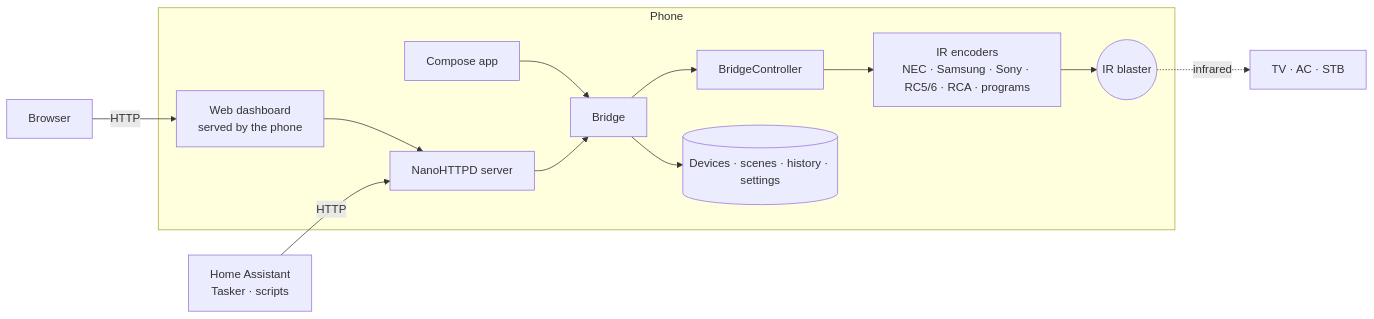
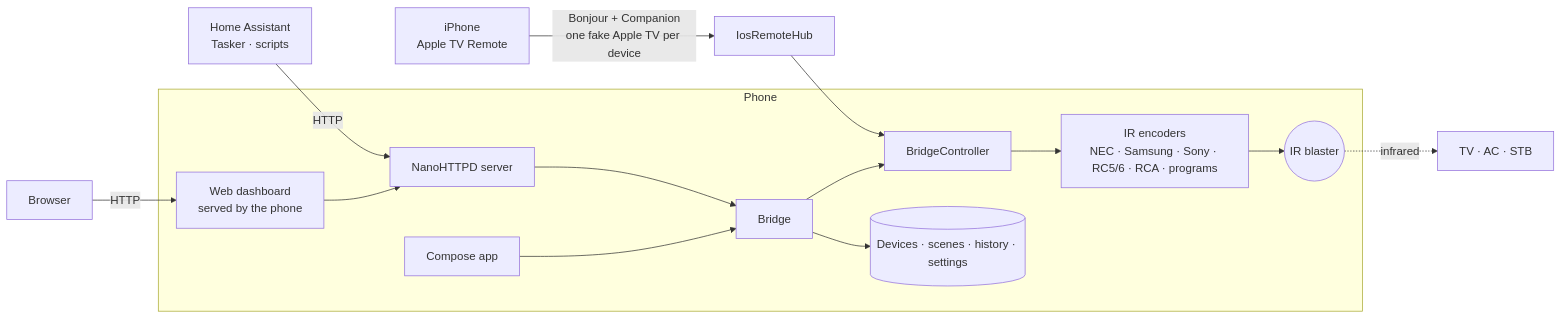
Before and after one commit to ShubhamPandeyy/BeamBridge: the diagram in README.md, drawn with Mermaid. The commit also changed other lines of this file and 30 other files, not shown here.

````diff
--- a/README.md
+++ b/README.md
@@ -59,15 +65,17 @@
 ```mermaid
 flowchart LR
     subgraph Phone
       UI[Compose app] --> B[Bridge]
       WEB[Web dashboard<br/>served by the phone] --> H[NanoHTTPD server]
       H --> B
       B --> C[BridgeController]
       C --> E[IR encoders<br/>NEC · Samsung · Sony · RC5/6 · RCA · programs]
       E --> IR((IR blaster))
       B --> S[(Devices · scenes · history · settings)]
     end
+    IP[iPhone<br/>Apple TV Remote] -->|Bonjour + Companion<br/>one fake Apple TV per device| AT[IosRemoteHub]
+    AT --> C
     HA[Home Assistant<br/>Tasker · scripts] -->|HTTP| H
     Browser -->|HTTP| WEB
     IR -.->|infrared| TV[TV · AC · STB]
 ```
````
